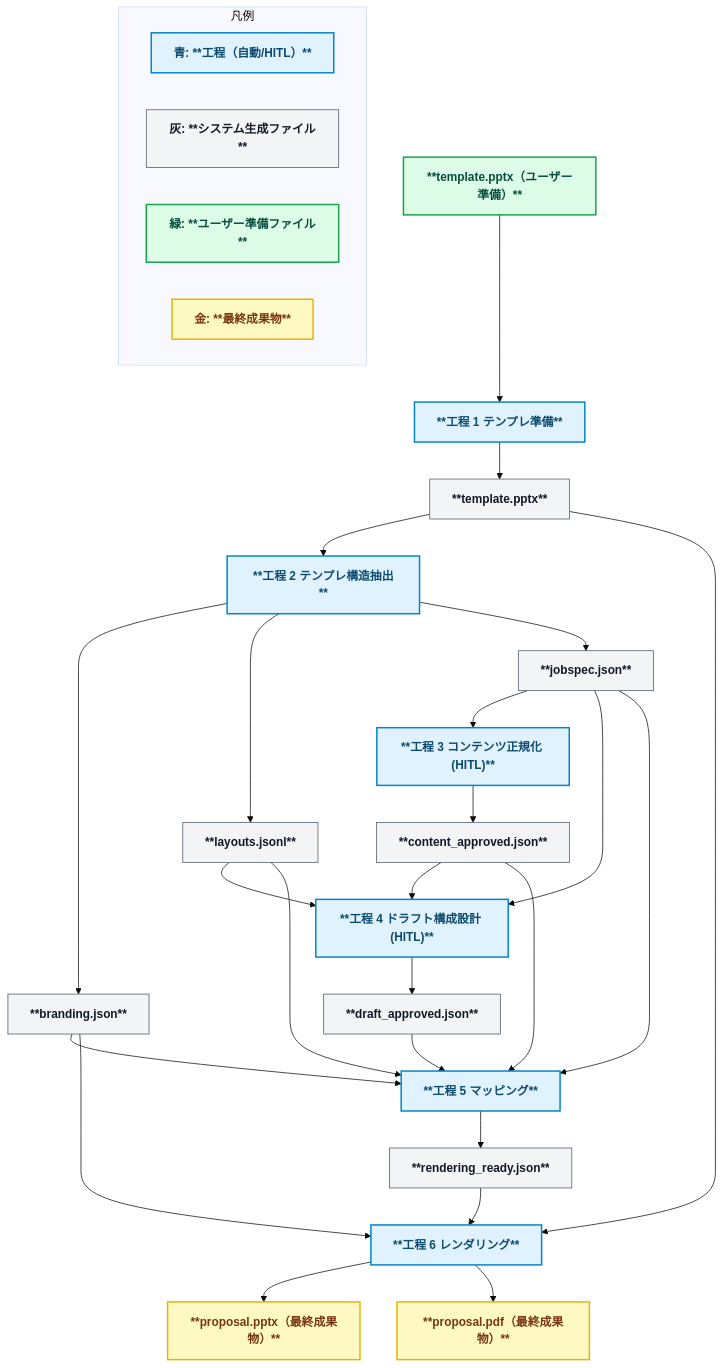
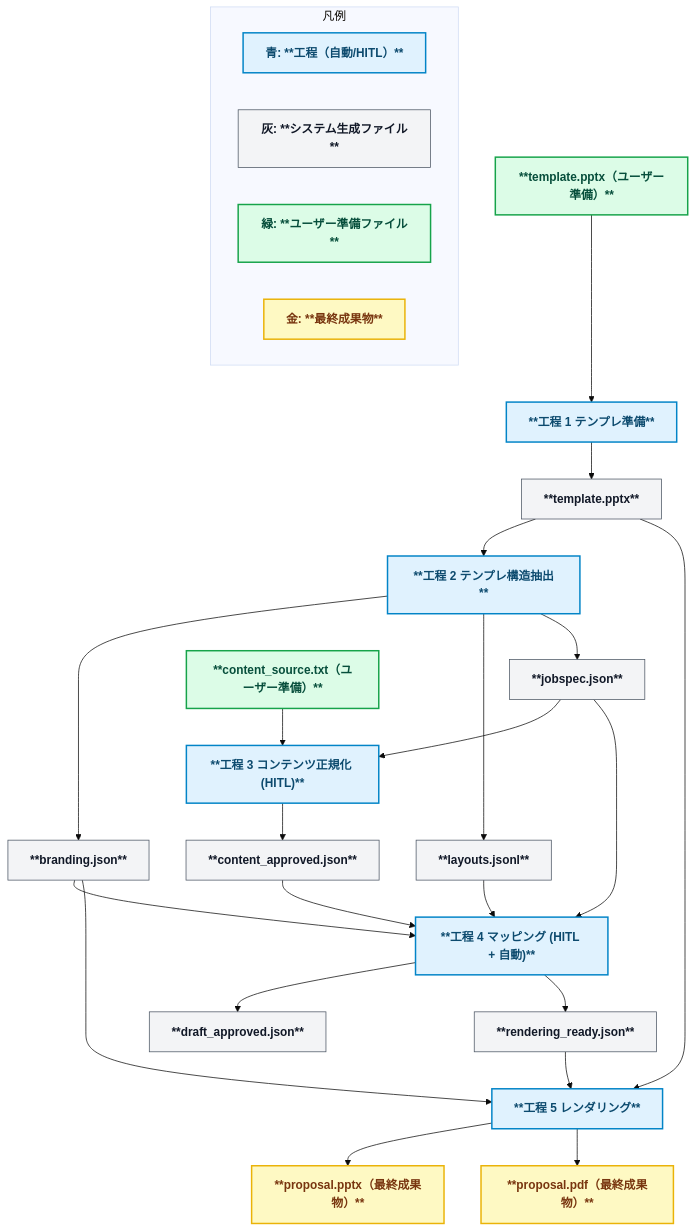
One commit to yurake/pptx_generator changed the diagram in README.md. Above: the diagram before and after it, drawn with Mermaid (base theme). The commit also changed other lines of this file and 39 other files, not shown here.

First line of the commit message:
docs: align pipeline docs with jobspec flow (#257)

````diff
--- a/README.md
+++ b/README.md
@@ -30,52 +29,47 @@
 ```mermaid
 flowchart TD
   %% ======= Styles =======
   classDef stage fill:#e0f2fe,stroke:#0284c7,stroke-width:2px,color:#0c4a6e,font-weight:bold;
   classDef file fill:#f3f4f6,stroke:#4b5563,stroke-width:1px,color:#111827,font-weight:bold;
   classDef userfile fill:#dcfce7,stroke:#16a34a,stroke-width:2px,color:#064e3b,font-weight:bold;
   classDef final fill:#fef9c3,stroke:#eab308,stroke-width:2px,color:#78350f,font-weight:bold;
 
   %% ======= Stage 1 =======
   Tmpl["**template.pptx（ユーザー準備）**"]:::userfile --> S1["**工程 1 テンプレ準備**"]:::stage
   S1 --> Tmpl_out["**template.pptx**"]:::file
 
   %% ======= Stage 2 =======
   Tmpl_out --> S2["**工程 2 テンプレ構造抽出**"]:::stage
   S2 --> Brand["**branding.json**"]:::file
   S2 --> Layouts["**layouts.jsonl**"]:::file
   S2 --> Jobspec["**jobspec.json**"]:::file
 
   %% ======= Stage 3 =======
-  Jobspec --> S3["**工程 3 コンテンツ正規化 (HITL)**"]:::stage
+  ContentSrc["**content_source.txt（ユーザー準備）**"]:::userfile --> S3["**工程 3 コンテンツ正規化 (HITL)**"]:::stage
+  Jobspec --> S3
   S3 --> Content["**content_approved.json**"]:::file
 
   %% ======= Stage 4 =======
-  Content --> S4["**工程 4 ドラフト構成設計 (HITL)**"]:::stage
+  Content --> S4["**工程 4 マッピング (HITL + 自動)**"]:::stage
   Layouts --> S4
+  Brand --> S4
   Jobspec --> S4
   S4 --> Draft["**draft_approved.json**"]:::file
+  S4 --> Ready["**rendering_ready.json**"]:::file
 
   %% ======= Stage 5 =======
-  Draft --> S5["**工程 5 マッピング**"]:::stage
-  Content --> S5
+  Ready --> S5["**工程 5 レンダリング**"]:::stage
+  Tmpl_out --> S5
   Brand --> S5
-  Layouts --> S5
-  Jobspec --> S5
-  S5 --> Ready["**rendering_ready.json**"]:::file
-
-  %% ======= Stage 6 =======
-  Ready --> S6["**工程 6 レンダリング**"]:::stage
-  Tmpl_out --> S6
-  Brand --> S6
-  S6 --> PPTX["**proposal.pptx（最終成果物）**"]:::final
-  S6 --> PDF["**proposal.pdf（最終成果物）**"]:::final
+  S5 --> PPTX["**proposal.pptx（最終成果物）**"]:::final
+  S5 --> PDF["**proposal.pdf（最終成果物）**"]:::final
 
   %% ======= Legend =======
   subgraph Legend[凡例]
     direction LR
     A1["青: **工程（自動/HITL）**"]:::stage
     A2["灰: **システム生成ファイル**"]:::file
     A3["緑: **ユーザー準備ファイル**"]:::userfile
     A4["金: **最終成果物**"]:::final
   end
 ```
````
